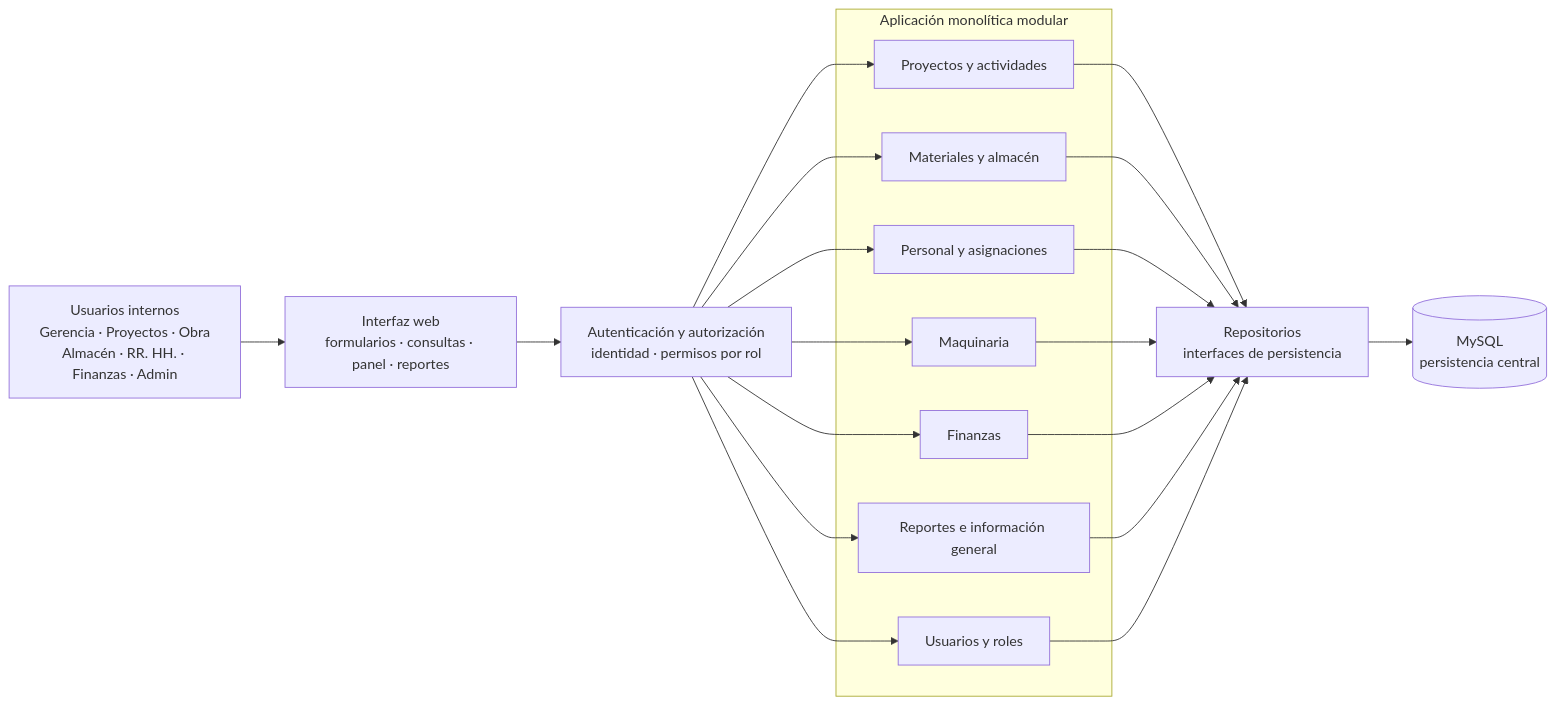
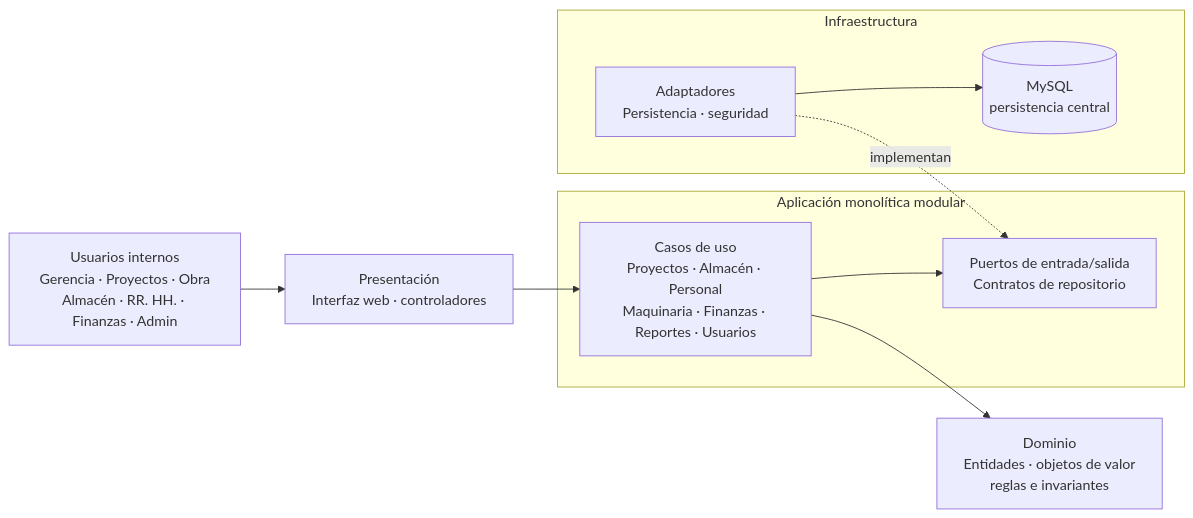
Before and after one commit to dostinarroyo/Constructora-arquitSoft-02-Dostin_Arroyo: the diagram in img/fuentes/arquitectura-componentes.mmd, drawn with Mermaid. The commit also changed 18 other files, not shown here.

First line of the commit message:
docs: align architecture with Clean Architecture

```diff
--- a/img/fuentes/arquitectura-componentes.mmd
+++ b/img/fuentes/arquitectura-componentes.mmd
@@ -1,35 +1,21 @@
 flowchart LR
     actor["Usuarios internos<br/>Gerencia · Proyectos · Obra<br/>Almacén · RR. HH. · Finanzas · Admin"]
-    web["Interfaz web<br/>formularios · consultas · panel · reportes"]
-    security["Autenticación y autorización<br/>identidad · permisos por rol"]
+    web["Presentación<br/>Interfaz web · controladores"]
 
     subgraph app["Aplicación monolítica modular"]
-        projects["Proyectos y actividades"]
-        warehouse["Materiales y almacén"]
-        people["Personal y asignaciones"]
-        equipment["Maquinaria"]
-        finance["Finanzas"]
-        reports["Reportes e información general"]
-        accounts["Usuarios y roles"]
+        usecases["Casos de uso<br/>Proyectos · Almacén · Personal<br/>Maquinaria · Finanzas · Reportes · Usuarios"]
+        ports["Puertos de entrada/salida<br/>Contratos de repositorio"]
+        usecases --> ports
     end
 
-    repos["Repositorios<br/>interfaces de persistencia"]
-    mysql[("MySQL<br/>persistencia central")]
+    domain["Dominio<br/>Entidades · objetos de valor<br/>reglas e invariantes"]
+    subgraph infra["Infraestructura"]
+        adapters["Adaptadores<br/>Persistencia · seguridad"]
+        mysql[("MySQL<br/>persistencia central")]
+        adapters --> mysql
+    end
 
     actor --> web
-    web --> security
-    security --> projects
-    security --> warehouse
-    security --> people
-    security --> equipment
-    security --> finance
-    security --> reports
-    security --> accounts
-    projects --> repos
-    warehouse --> repos
-    people --> repos
-    equipment --> repos
-    finance --> repos
-    reports --> repos
-    accounts --> repos
-    repos --> mysql
+    web --> usecases
+    usecases --> domain
+    adapters -. "implementan" .-> ports
```
